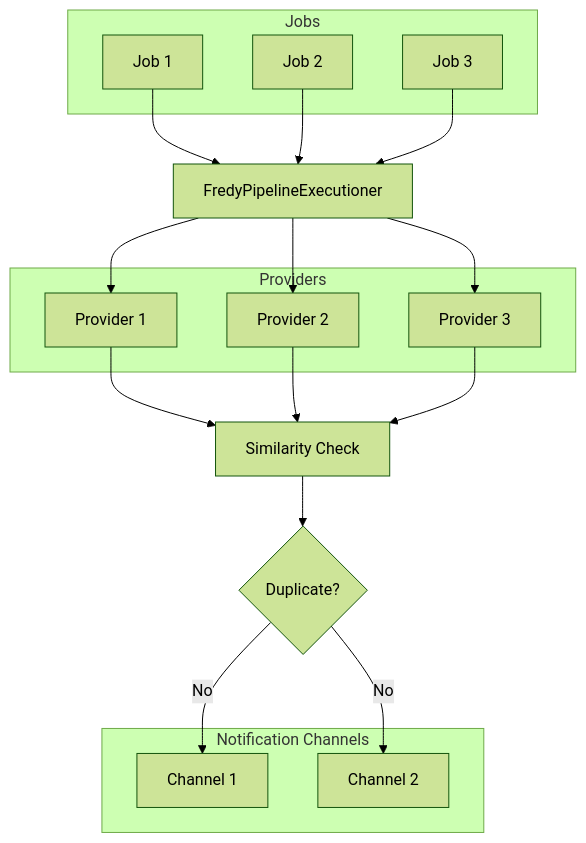
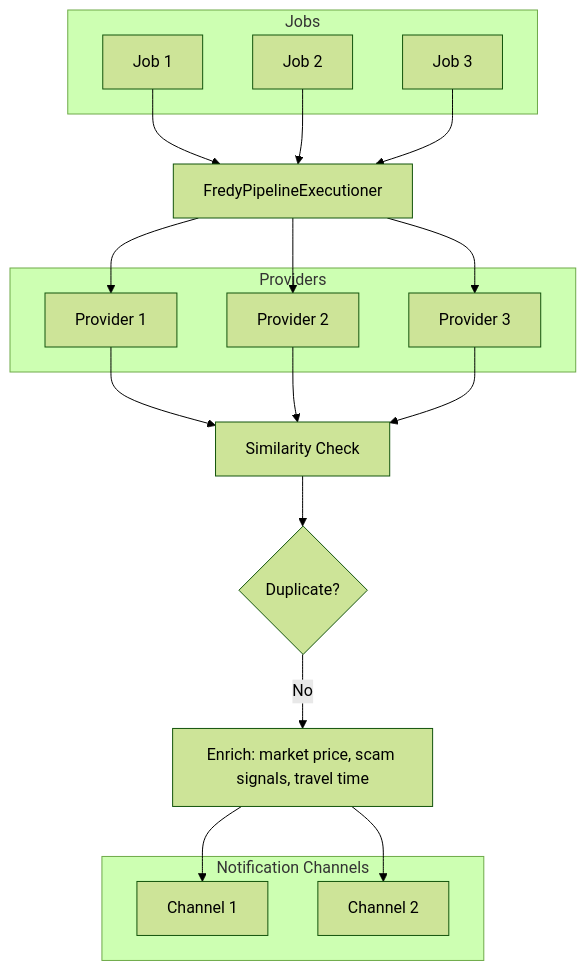
One commit to orangecoding/fredy changed the diagram in README.md. Above: the diagram before and after it, drawn with Mermaid (forest theme). The commit also changed other lines of this file and 8 other files, not shown here.

````diff
--- a/README.md
+++ b/README.md
@@ -619,27 +135,28 @@
 ``` mermaid
 flowchart TD
  subgraph Jobs["Jobs"]
         A1["Job 1"]
         A2["Job 2"]
         A3["Job 3"]
   end
  subgraph Providers["Providers"]
         C1["Provider 1"]
         C2["Provider 2"]
         C3["Provider 3"]
   end
  subgraph NotificationChannels["Notification Channels"]
         F1["Channel 1"]
         F2["Channel 2"]
   end
 
     A1 --> B["FredyPipelineExecutioner"]
     A2 --> B
     A3 --> B
     B --> C1 & C2 & C3
     C1 --> D["Similarity Check"]
     C2 --> D
     C3 --> D
     D --> E{"Duplicate?"}
-    E -- No --> F1 & F2
+    E -- No --> G["Enrich: market price, scam signals, travel time"]
+    G --> F1 & F2
 ```
````
